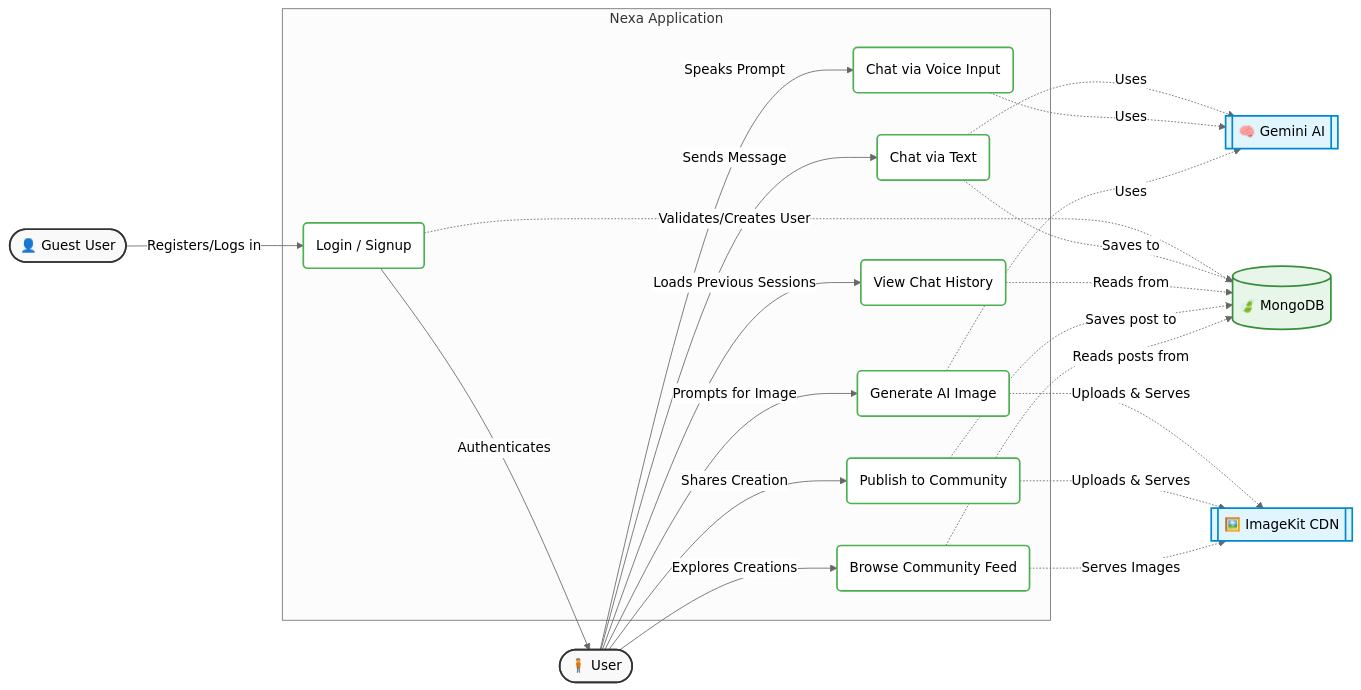
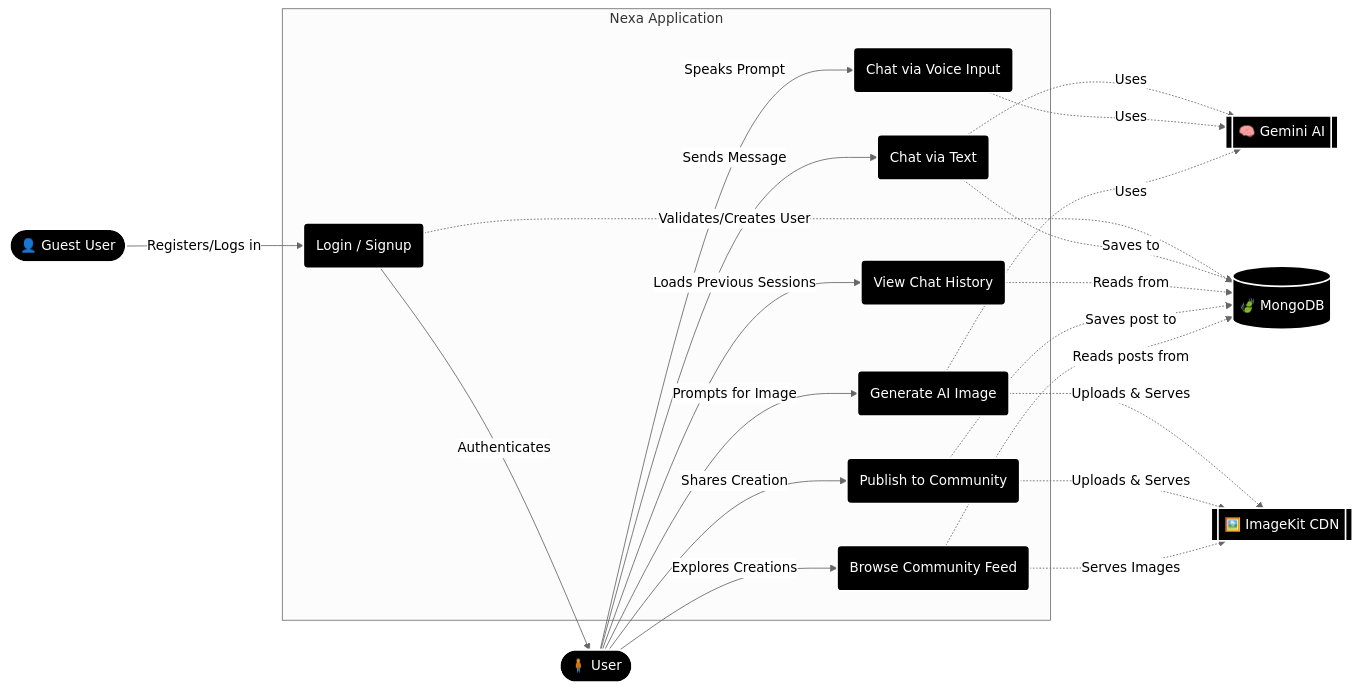
The diagram in README.md (Aniruddhasain7/Nexa), drawn with Mermaid (neutral theme) before and after one commit. The commit also changed other lines of this file, not shown here.

````diff
--- a/README.md
+++ b/README.md
@@ -68,65 +68,65 @@
 ```mermaid
 flowchart LR
     %% Actors
     User([🧍 User])
     Guest([👤 Guest User])
     Gemini[[🧠 Gemini AI]]
     ImageKit[[🖼️ ImageKit CDN]]
     DB[(🍃 MongoDB)]
 
     %% System Boundary
     subgraph Nexa Application
         %% Auth
         UC_Auth(Login / Signup)
 
         %% Chat & Voice
         UC_Chat(Chat via Text)
         UC_Voice(Chat via Voice Input)
         UC_History(View Chat History)
 
         %% Image Generation & Community
         UC_GenImage(Generate AI Image)
         UC_PubImage(Publish to Community)
         UC_Feed(Browse Community Feed)
     end
 
     %% Guest Interactions
     Guest -->|Registers/Logs in| UC_Auth
 
     %% User Interactions
     User -->|Sends Message| UC_Chat
     User -->|Speaks Prompt| UC_Voice
     User -->|Loads Previous Sessions| UC_History
     User -->|Prompts for Image| UC_GenImage
     User -->|Shares Creation| UC_PubImage
     User -->|Explores Creations| UC_Feed
 
     %% Authentication Flow
     UC_Auth -->|Authenticates| User
     UC_Auth -.->|Validates/Creates User| DB
 
     %% Internal Dependencies
     UC_Chat -.->|Uses| Gemini
     UC_Voice -.->|Uses| Gemini
     UC_GenImage -.->|Uses| Gemini
 
     UC_GenImage -.->|Uploads & Serves| ImageKit
     UC_PubImage -.->|Uploads & Serves| ImageKit
     UC_Feed -.->|Serves Images| ImageKit
 
     UC_Chat -.->|Saves to| DB
     UC_History -.->|Reads from| DB
     UC_PubImage -.->|Saves post to| DB
     UC_Feed -.->|Reads posts from| DB
 
     %% Styling
-    classDef actor fill:#f9f9f9,stroke:#333,stroke-width:2px,color:#000;
-    classDef external fill:#e1f5fe,stroke:#0288d1,stroke-width:2px,color:#000;
-    classDef usecase fill:#ffffff,stroke:#4caf50,stroke-width:2px,color:#000;
-    classDef db fill:#e8f5e9,stroke:#388e3c,stroke-width:2px,color:#000;
+    classDef actor fill:#000000,stroke:#ffffff,stroke-width:2px,color:#ffffff;
+    classDef external fill:#000000,stroke:#ffffff,stroke-width:2px,color:#ffffff;
+    classDef usecase fill:#000000,stroke:#ffffff,stroke-width:2px,color:#ffffff;
+    classDef db fill:#000000,stroke:#ffffff,stroke-width:2px,color:#ffffff;
 
     class User,Guest actor;
     class Gemini,ImageKit external;
     class DB db;
     class UC_Auth,UC_Chat,UC_Voice,UC_History,UC_GenImage,UC_PubImage,UC_Feed usecase;
 ```
````
